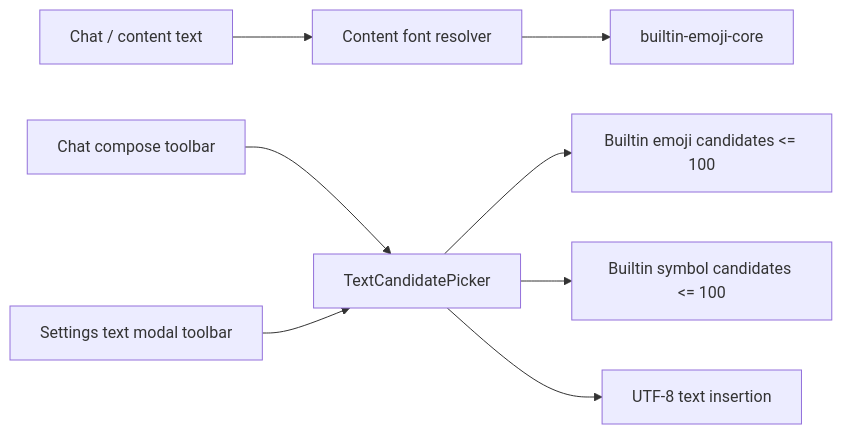
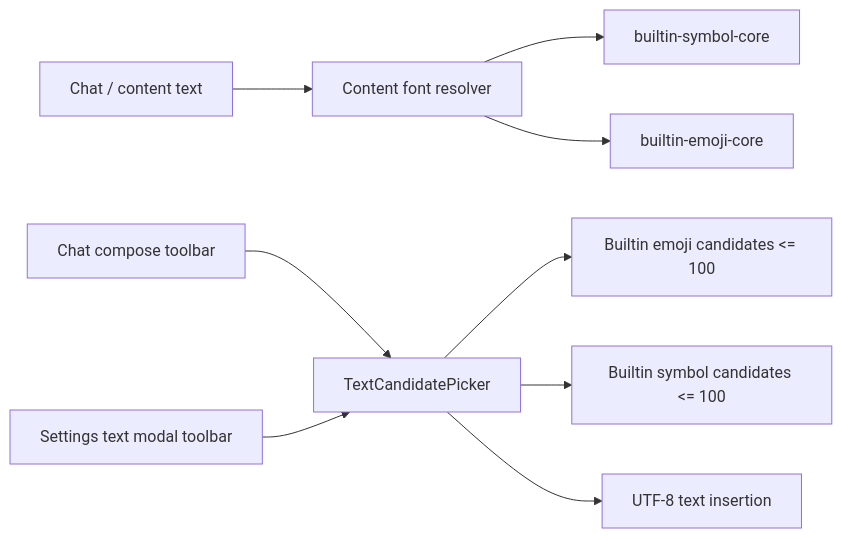
The third of 3 diagrams in docs/specification/LOCALIZATION_SPEC.md (DinaTzi/trail-mate), drawn with Mermaid before and after one commit. The commit also changed other lines of this file and 40 other files, not shown here.

````diff
--- a/docs/specification/LOCALIZATION_SPEC.md
+++ b/docs/specification/LOCALIZATION_SPEC.md
@@ -536,10 +547,11 @@
 ```mermaid
 flowchart LR
   ChatText["Chat / content text"] --> FontResolver["Content font resolver"]
+  FontResolver --> SymbolFont["builtin-symbol-core"]
   FontResolver --> EmojiFont["builtin-emoji-core"]
   ChatCompose["Chat compose toolbar"] --> TextPicker["TextCandidatePicker"]
   SettingsText["Settings text modal toolbar"] --> TextPicker
   TextPicker --> EmojiData["Builtin emoji candidates <= 100"]
   TextPicker --> SymbolData["Builtin symbol candidates <= 100"]
   TextPicker --> TextInsert["UTF-8 text insertion"]
 ```
````
